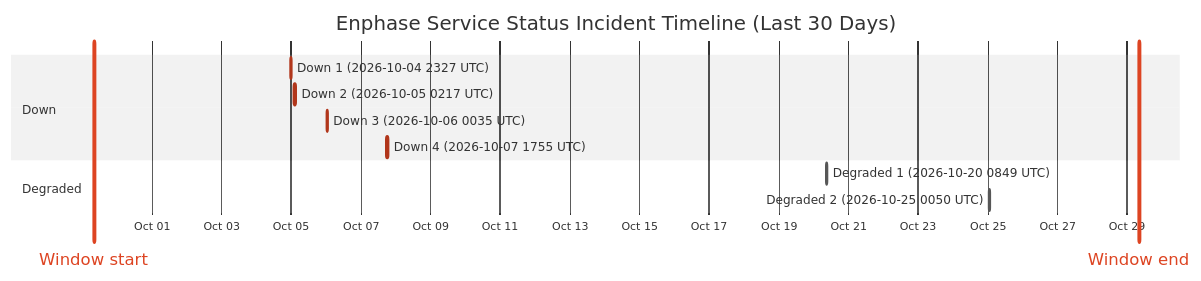
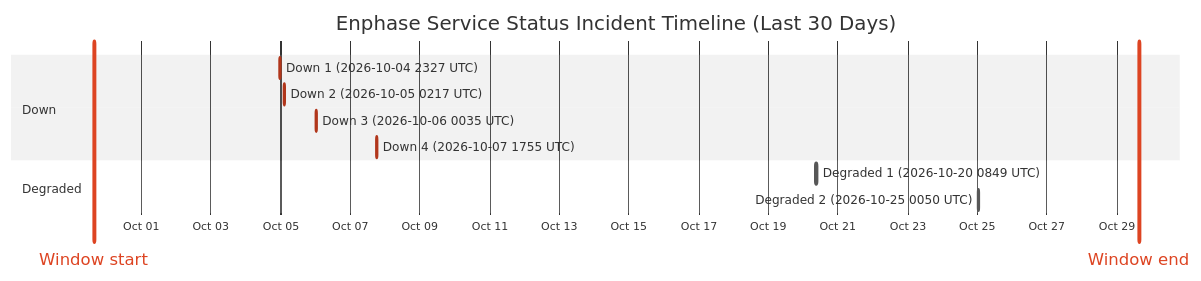
The diagram in wiki/Service-Status-History.md (barneyonline/ha-enphase-energy), drawn with Mermaid (neutral theme) before and after one commit. The commit also changed other lines of this file and 3 other files, not shown here.

````diff
--- a/wiki/Service-Status-History.md
+++ b/wiki/Service-Status-History.md
@@ -14,16 +14,16 @@
 ```mermaid
 gantt
     title Enphase Service Status Incident Timeline (Last 30 Days)
     dateFormat  YYYY-MM-DDTHH:mm:ss
     axisFormat  %b %d
-    Window start :vert, window-start, 2026-09-29T08:02:20, 0ms
-    Window end :vert, window-end, 2026-10-29T08:02:20, 0ms
+    Window start :vert, window-start, 2026-09-29T15:23:49, 0ms
+    Window end :vert, window-end, 2026-10-29T15:23:49, 0ms
     section Down
     Down 1 (2026-10-04 2327 UTC) :crit, down-1, 2026-10-04T23:27:34, 60m
     Down 2 (2026-10-05 0217 UTC) :crit, down-2, 2026-10-05T02:17:30, 60m
     Down 3 (2026-10-06 0035 UTC) :crit, down-3, 2026-10-06T00:35:21, 60m
     Down 4 (2026-10-07 1755 UTC) :crit, down-4, 2026-10-07T17:55:16, 60m
     section Degraded
     Degraded 1 (2026-10-20 0849 UTC) :active, degraded-1, 2026-10-20T08:49:49, 60m
     Degraded 2 (2026-10-25 0050 UTC) :active, degraded-2, 2026-10-25T00:50:01, 60m
 ```
````
